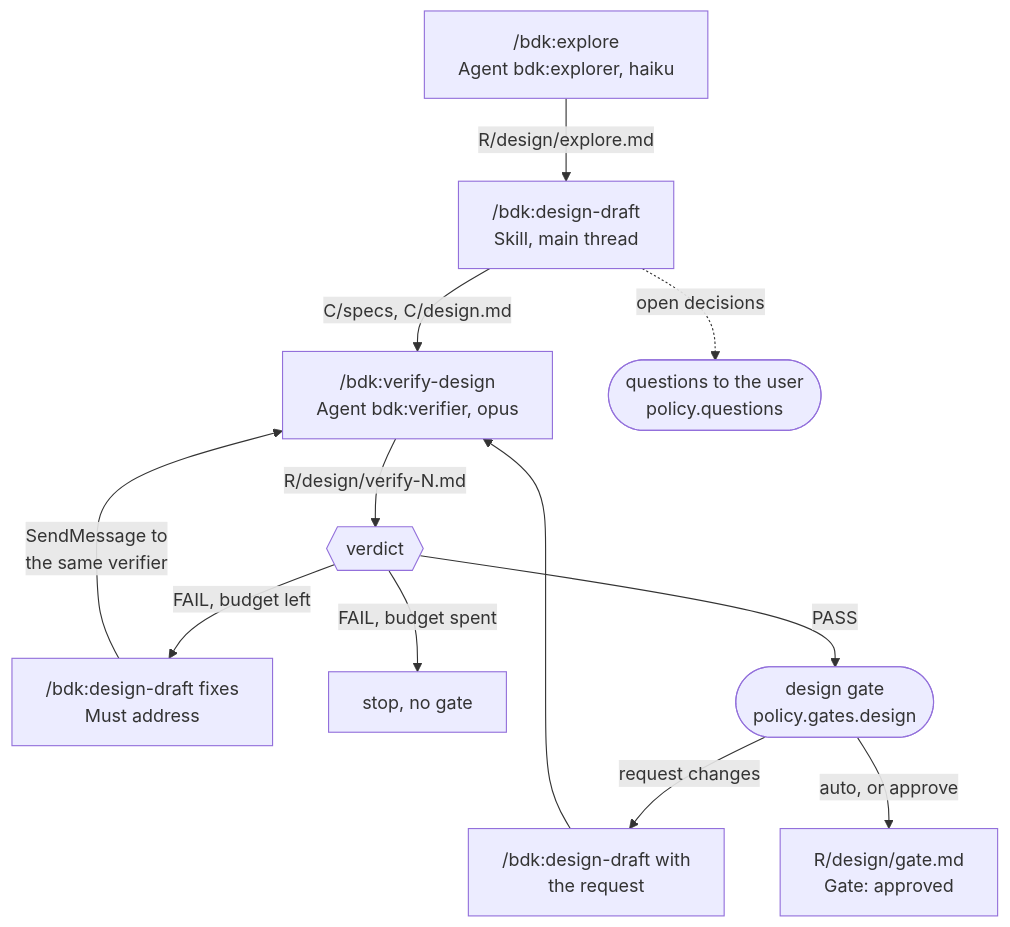
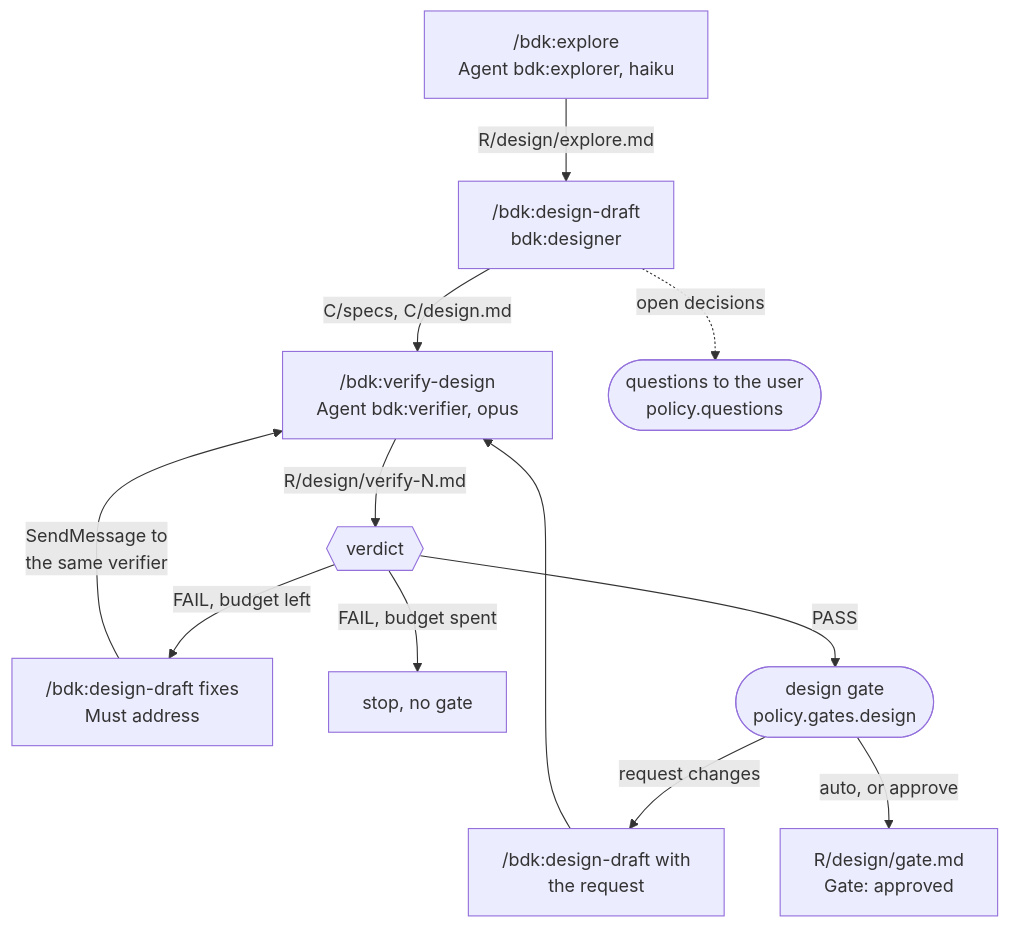
The third of 15 diagrams in docs/concepts/orchestrators.md (broneq/bdk), drawn with Mermaid before and after one commit. The commit also changed other lines of this file and 112 other files, not shown here.

First line of the commit message:
feat(bdk)!: model and effort per agent role, designer and planner agents

````diff
--- a/docs/concepts/orchestrators.md
+++ b/docs/concepts/orchestrators.md
@@ -43,13 +43,13 @@
 ```mermaid
 flowchart TB
   EX["/bdk:explore<br/>Agent bdk:explorer, haiku"] -->|"R/design/explore.md"| DR
-  DR["/bdk:design-draft<br/>Skill, main thread"] -->|"C/specs, C/design.md"| VER
+  DR["/bdk:design-draft<br/>bdk:designer"] -->|"C/specs, C/design.md"| VER
   DR -.->|"open decisions"| Q(["questions to the user<br/>policy.questions"])
   VER["/bdk:verify-design<br/>Agent bdk:verifier, opus"] -->|"R/design/verify-N.md"| V{{"verdict"}}
   V -->|"FAIL, budget left"| FIX["/bdk:design-draft fixes<br/>Must address"]
   FIX -->|"SendMessage to<br/>the same verifier"| VER
   V -->|"FAIL, budget spent"| STOPB["stop, no gate"]
   V -->|"PASS"| GATE(["design gate<br/>policy.gates.design"])
   GATE -->|"request changes"| REV["/bdk:design-draft with<br/>the request"] --> VER
   GATE -->|"auto, or approve"| GF["R/design/gate.md<br/>Gate: approved"]
 ```
````
